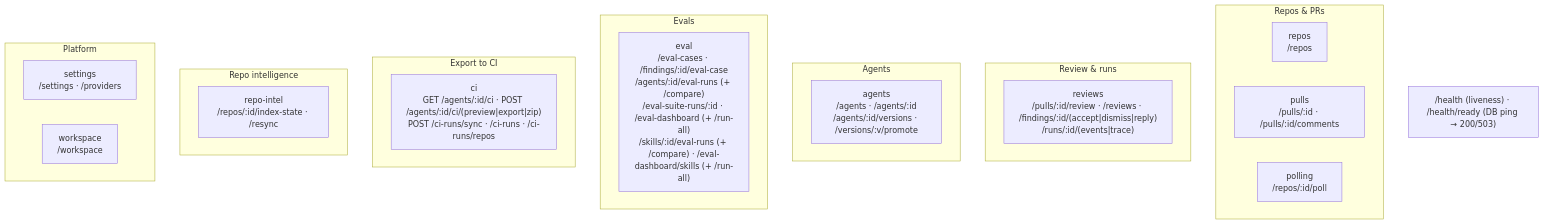
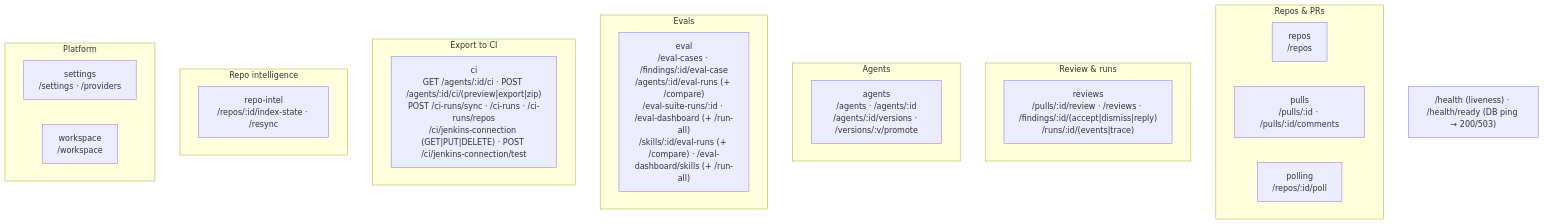
The second of 3 diagrams in server/README.md (KateySt/dev-digest), drawn with Mermaid before and after one commit. The commit also changed other lines of this file and 2 other files, not shown here.

Commit message:
docs(ci): export an agent to Jenkins

````diff
--- a/server/README.md
+++ b/server/README.md
@@ -64,28 +64,28 @@
 ```mermaid
 flowchart TB
   subgraph Repos_PRs["Repos & PRs"]
     repos["repos<br/>/repos"]
     pulls["pulls<br/>/pulls/:id · /pulls/:id/comments"]
     polling["polling<br/>/repos/:id/poll"]
   end
   subgraph Review["Review & runs"]
     reviews["reviews<br/>/pulls/:id/review · /reviews · /findings/:id/(accept|dismiss|reply)<br/>/runs/:id/(events|trace)"]
   end
   subgraph Agents["Agents"]
     agents["agents<br/>/agents · /agents/:id<br/>/agents/:id/versions · /versions/:v/promote"]
   end
   subgraph Evals["Evals"]
     evalMod["eval<br/>/eval-cases · /findings/:id/eval-case<br/>/agents/:id/eval-runs (+ /compare)<br/>/eval-suite-runs/:id · /eval-dashboard (+ /run-all)<br/>/skills/:id/eval-runs (+ /compare) · /eval-dashboard/skills (+ /run-all)"]
   end
   subgraph CI["Export to CI"]
-    ciMod["ci<br/>GET /agents/:id/ci · POST /agents/:id/ci/(preview|export|zip)<br/>POST /ci-runs/sync · /ci-runs · /ci-runs/repos"]
+    ciMod["ci<br/>GET /agents/:id/ci · POST /agents/:id/ci/(preview|export|zip)<br/>POST /ci-runs/sync · /ci-runs · /ci-runs/repos<br/>/ci/jenkins-connection (GET|PUT|DELETE) · POST /ci/jenkins-connection/test"]
   end
   subgraph Intel["Repo intelligence"]
     repoIntel["repo-intel<br/>/repos/:id/index-state · /resync"]
   end
   subgraph Platform["Platform"]
     settings["settings<br/>/settings · /providers"]
     workspace["workspace<br/>/workspace"]
   end
   HEALTH["/health (liveness) · /health/ready (DB ping → 200/503)"]
 ```
````
